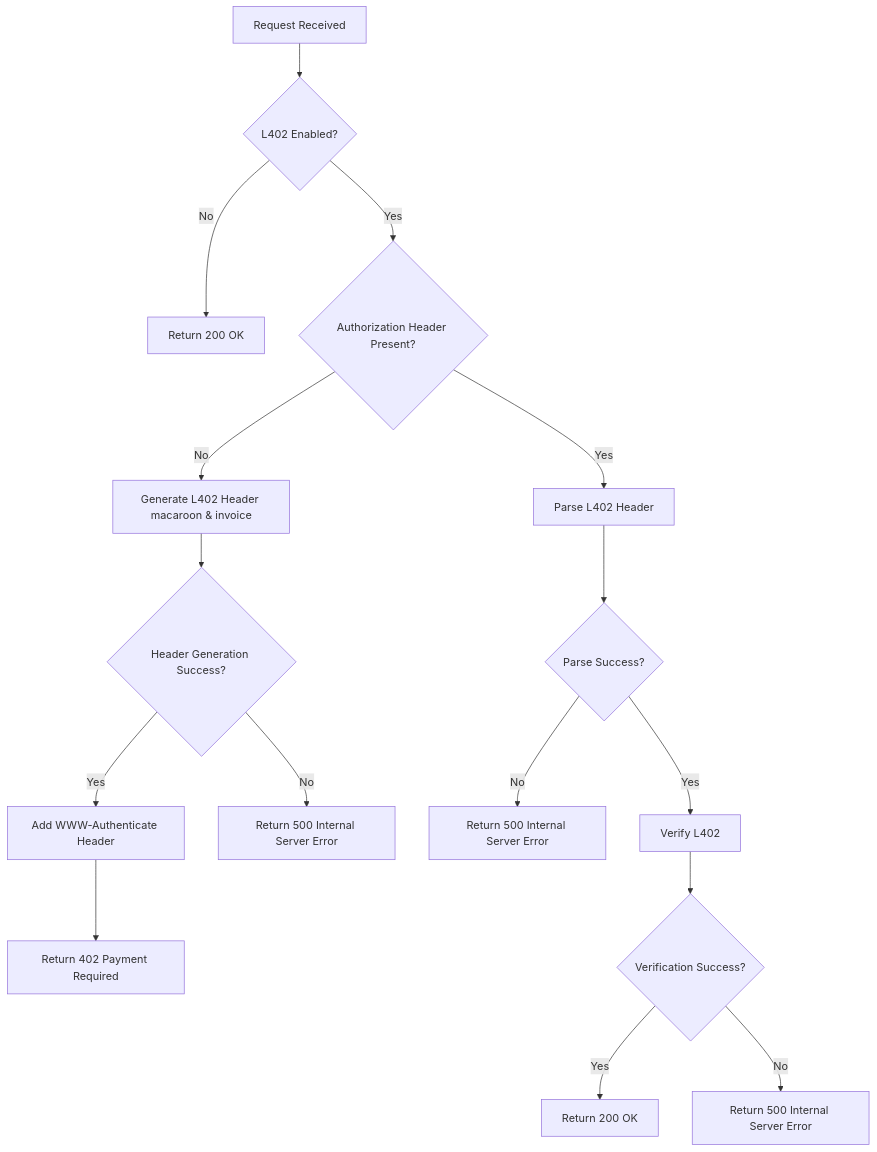
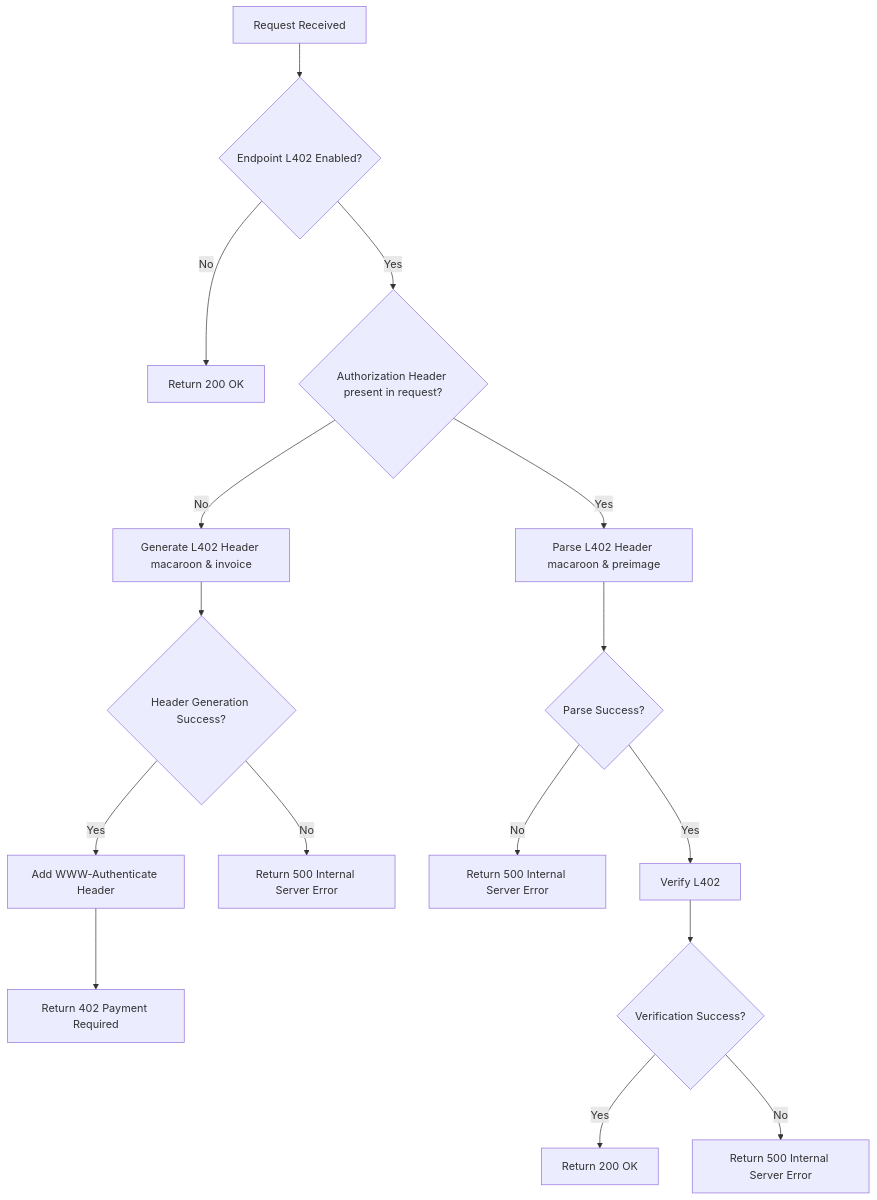
The diagram in README.md (DhananjayPurohit/ngx_l402), drawn with Mermaid before and after one commit. The commit also changed other lines of this file, not shown here.

````diff
--- a/README.md
+++ b/README.md
@@ -9,18 +5,18 @@
 ```mermaid
 graph TD;
-    A[Request Received] --> B{L402 Enabled?}
+    A[Request Received] --> B{Endpoint L402 Enabled?}
     B -->|No| C[Return 200 OK]
-    B -->|Yes| D{Authorization Header Present?}
+    B -->|Yes| D{Authorization Header present in request?}
     D -->|No| F[Generate L402 Header macaroon & invoice]
     F --> G{Header Generation Success?}
     G -->|Yes| H[Add WWW-Authenticate Header]
     G -->|No| I[Return 500 Internal Server Error]
     H --> J[Return 402 Payment Required]
-    D -->|Yes| K[Parse L402 Header]
+    D -->|Yes| K[Parse L402 Header macaroon & preimage]
     K --> L{Parse Success?}
     L -->|No| M[Return 500 Internal Server Error]
     L -->|Yes| N[Verify L402]
     N --> O{Verification Success?}
     O -->|Yes| P[Return 200 OK]
     O -->|No| Q[Return 500 Internal Server Error]
 ```
````
